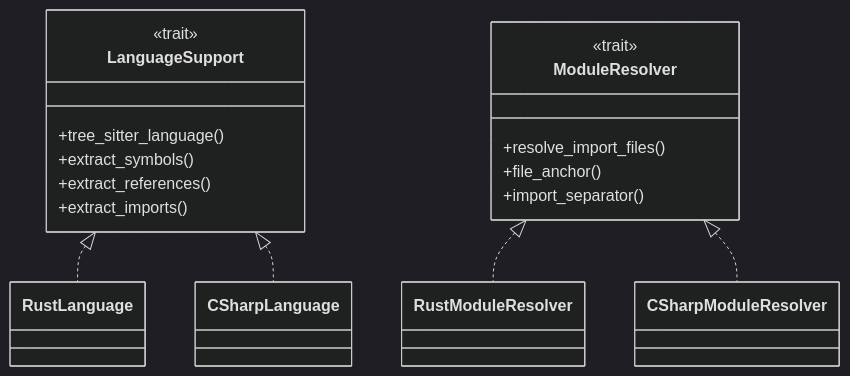
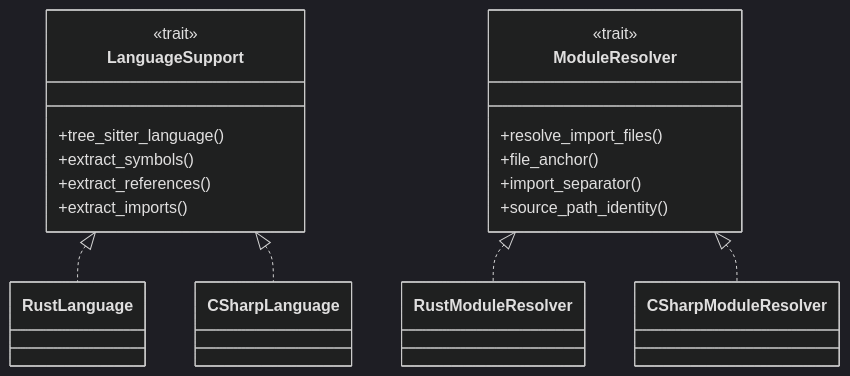
One commit to dwalleck/tethys changed the third of 5 diagrams in .agents/summary/architecture.md. Above: the diagram before and after it, drawn with Mermaid (dark theme). The commit also changed other lines of this file and 74 other files, not shown here.

````diff
--- a/.agents/summary/architecture.md
+++ b/.agents/summary/architecture.md
@@ -79,25 +88,26 @@
 ```mermaid
 classDiagram
     class LanguageSupport {
         <<trait>>
         +tree_sitter_language()
         +extract_symbols()
         +extract_references()
         +extract_imports()
     }
     class RustLanguage
     class CSharpLanguage
     LanguageSupport <|.. RustLanguage
     LanguageSupport <|.. CSharpLanguage
 
     class ModuleResolver {
         <<trait>>
         +resolve_import_files()
         +file_anchor()
         +import_separator()
+        +source_path_identity()
     }
     class RustModuleResolver
     class CSharpModuleResolver
     ModuleResolver <|.. RustModuleResolver
     ModuleResolver <|.. CSharpModuleResolver
 ```
````
